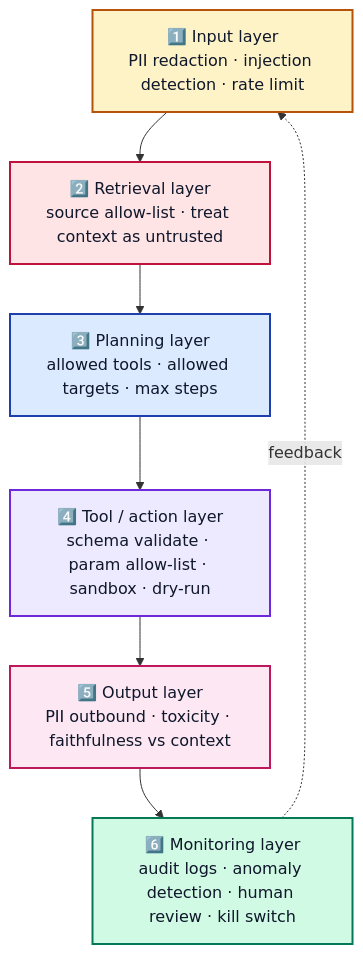
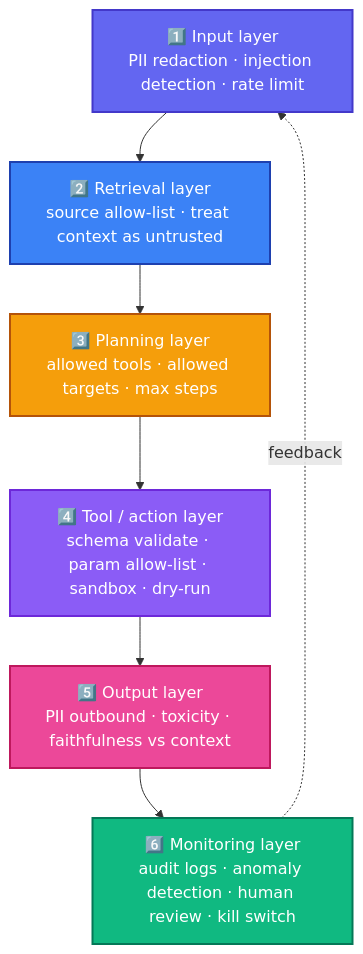
One commit to mrsachindixit/agentixit changed diagram 23 of 25 in README.md. Above: the diagram before and after it, drawn with Mermaid. The commit also changed other lines of this file and 27 other files, not shown here.

Commit message:
updated diagrams

````diff
--- a/README.md
+++ b/README.md
@@ -1572,19 +1304,19 @@
 ```mermaid
 graph TB
     L1["1️⃣ Input layer\nPII redaction · injection detection · rate limit"]
     L2["2️⃣ Retrieval layer\nsource allow-list · treat context as untrusted"]
     L3["3️⃣ Planning layer\nallowed tools · allowed targets · max steps"]
     L4["4️⃣ Tool / action layer\nschema validate · param allow-list · sandbox · dry-run"]
     L5["5️⃣ Output layer\nPII outbound · toxicity · faithfulness vs context"]
     L6["6️⃣ Monitoring layer\naudit logs · anomaly detection · human review · kill switch"]
 
     L1 --> L2 --> L3 --> L4 --> L5 --> L6
     L6 -.->|"feedback"| L1
 
-    style L1 fill:#FEF3C7,stroke:#B45309,color:#0F172A,stroke-width:2px
-    style L2 fill:#FFE4E6,stroke:#BE123C,color:#0F172A,stroke-width:2px
-    style L3 fill:#DBEAFE,stroke:#1E40AF,color:#0F172A,stroke-width:2px
-    style L4 fill:#EDE9FE,stroke:#6D28D9,color:#0F172A,stroke-width:2px
-    style L5 fill:#FCE7F3,stroke:#BE185D,color:#0F172A,stroke-width:2px
-    style L6 fill:#D1FAE5,stroke:#047857,color:#0F172A,stroke-width:2px
+    style L1 fill:#6366F1,stroke:#4338CA,color:#fff,stroke-width:2px
+    style L2 fill:#3B82F6,stroke:#1E40AF,color:#fff,stroke-width:2px
+    style L3 fill:#F59E0B,stroke:#B45309,color:#fff,stroke-width:2px
+    style L4 fill:#8B5CF6,stroke:#6D28D9,color:#fff,stroke-width:2px
+    style L5 fill:#EC4899,stroke:#BE185D,color:#fff,stroke-width:2px
+    style L6 fill:#10B981,stroke:#047857,color:#fff,stroke-width:2px
 ```
````
